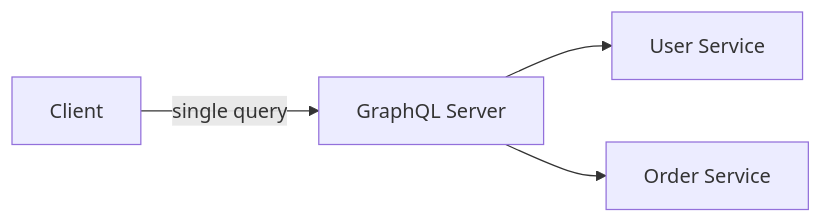
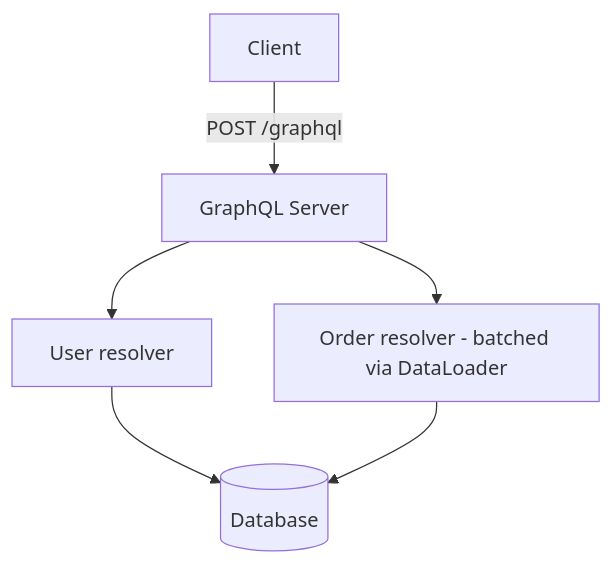
One commit to hareramcse/SystemDesign changed the fourth of 26 diagrams in 07-api-desing/README.md. Above: the diagram before and after it, drawn with Mermaid. The commit also changed other lines of this file and 14 other files, not shown here.

````diff
--- a/07-api-desing/README.md
+++ b/07-api-desing/README.md
@@ -155,6 +293,8 @@
 ```mermaid
-flowchart LR
-    Client -->|single query| GQL[GraphQL Server]
-    GQL --> S1[User Service]
-    GQL --> S2[Order Service]
+flowchart TB
+    Client -->|POST /graphql| GQL[GraphQL Server]
+    GQL --> R1[User resolver]
+    GQL --> R2[Order resolver - batched via DataLoader]
+    R1 --> DB[(Database)]
+    R2 --> DB
 ```
````
